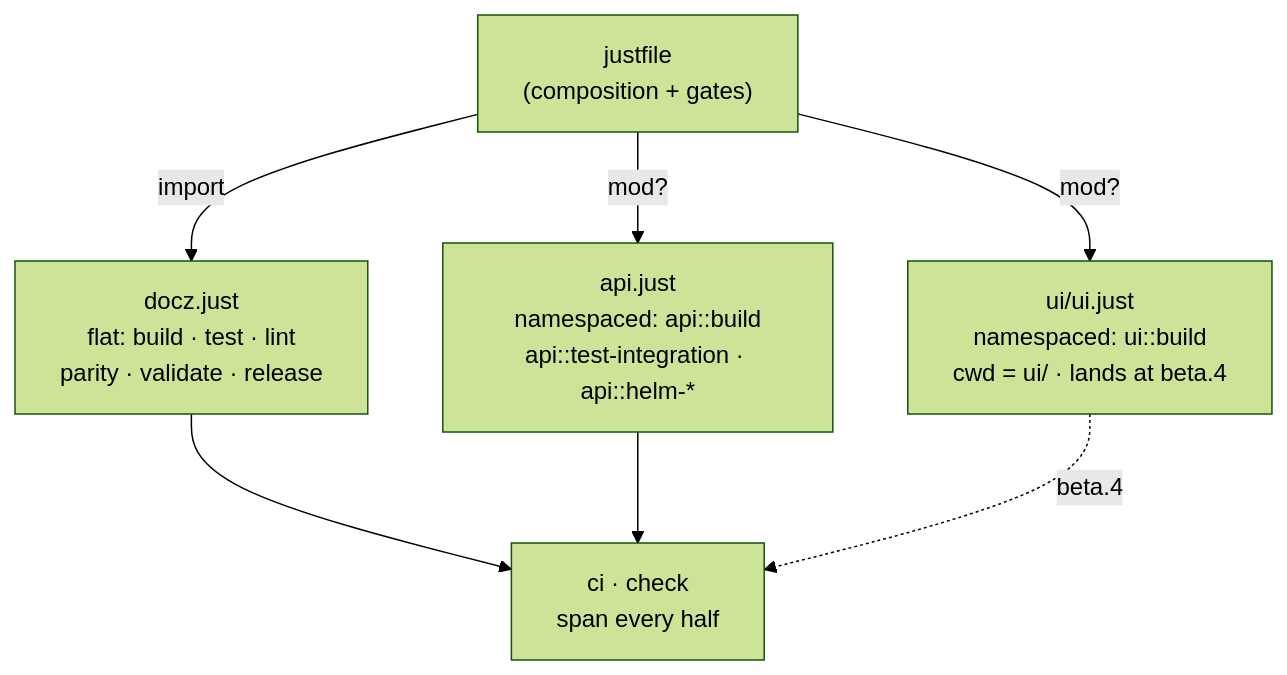
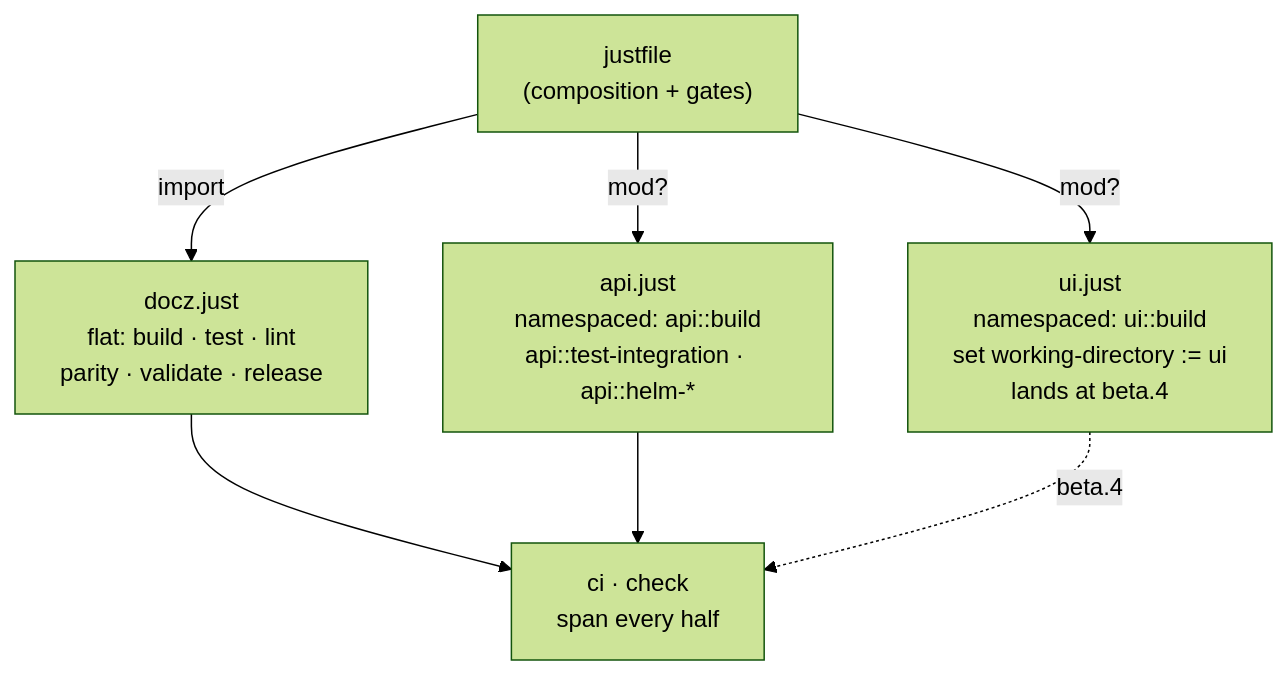
Before and after one commit to donaldgifford/docz: the first of 3 diagrams in docs/design/0016-move-docz-api-in-internal-cmddocz-api-api-charts-and.md, drawn with Mermaid (forest theme). The commit also changed other lines of this file and 1 other file, not shown here.

````diff
--- a/docs/design/0016-move-docz-api-in-internal-cmddocz-api-api-charts-and.md
+++ b/docs/design/0016-move-docz-api-in-internal-cmddocz-api-api-charts-and.md
@@ -240,10 +240,10 @@
 ```mermaid
 flowchart TD
   R["justfile<br/>(composition + gates)"]
   R -->|"import"| D["docz.just<br/>flat: build · test · lint<br/>parity · validate · release"]
   R -->|"mod?"| A["api.just<br/>namespaced: api::build<br/>api::test-integration · api::helm-*"]
-  R -->|"mod?"| U["ui/ui.just<br/>namespaced: ui::build<br/>cwd = ui/ · lands at beta.4"]
+  R -->|"mod?"| U["ui.just<br/>namespaced: ui::build<br/>set working-directory := ui<br/>lands at beta.4"]
   D --> G["ci · check<br/>span every half"]
   A --> G
   U -.->|beta.4| G
 ```
````
